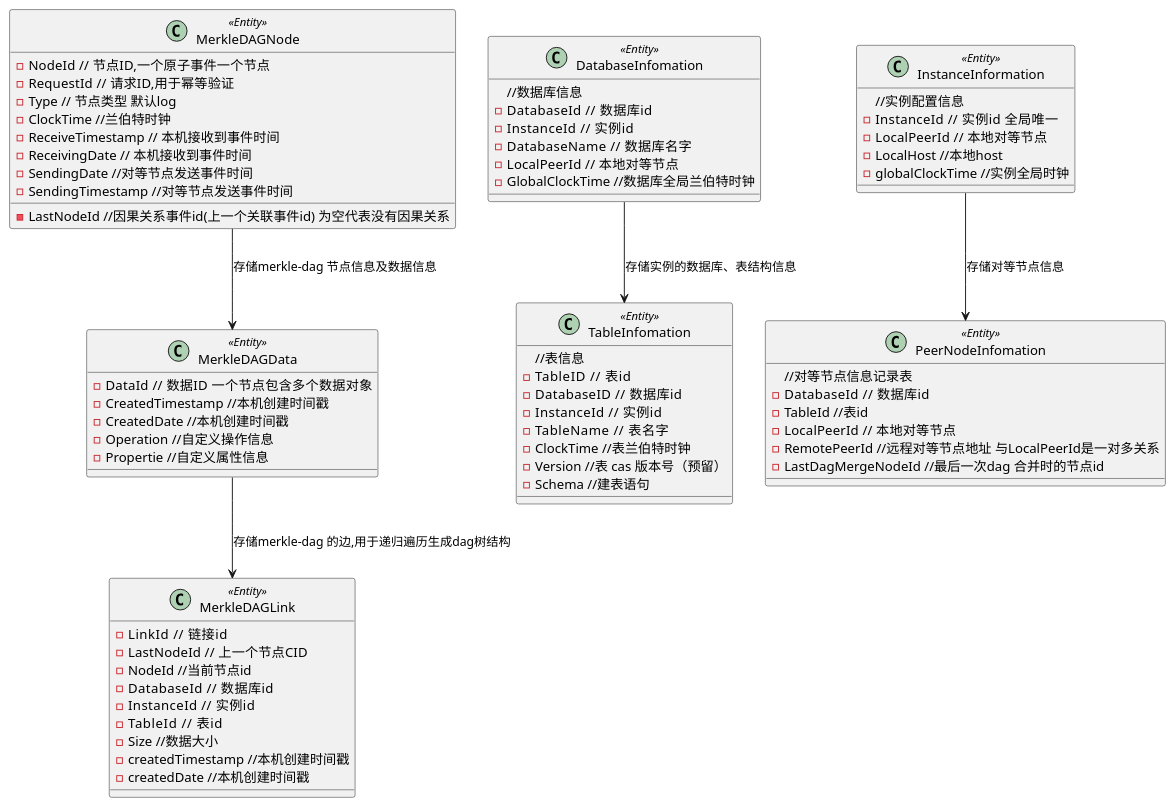
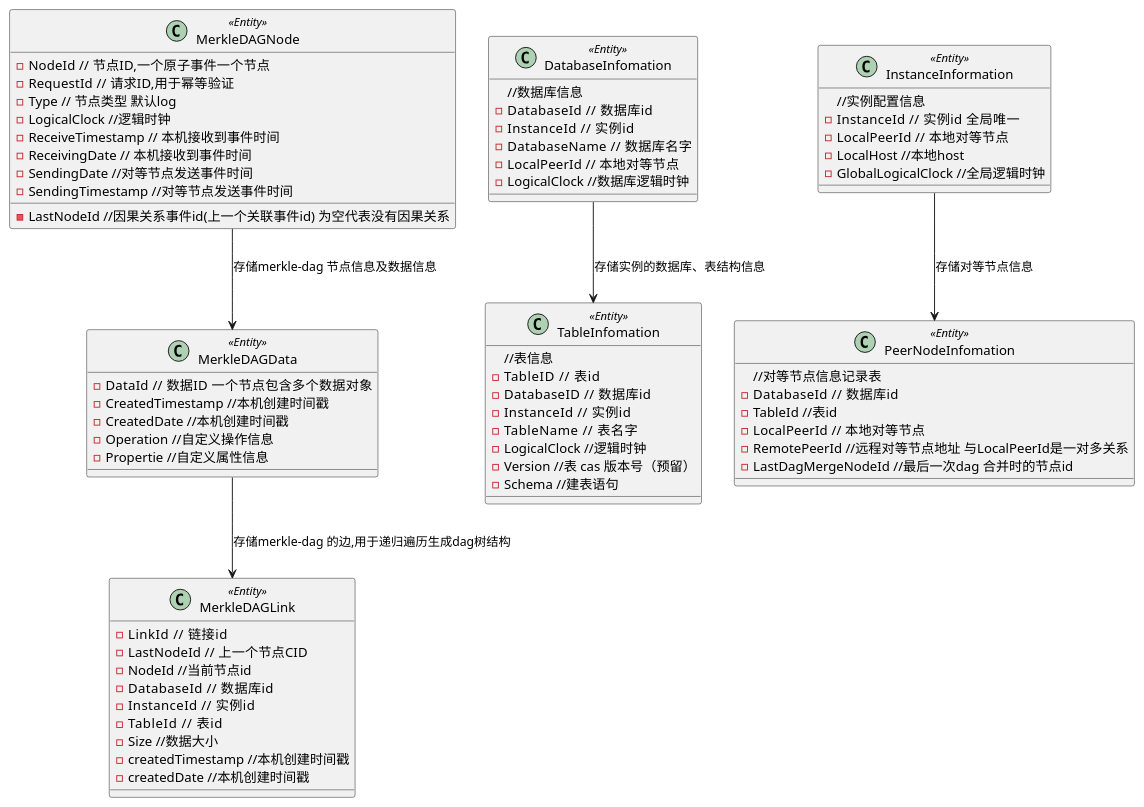
The diagram in docs/zh-cn/entity/persistence.puml (Rock-Lee-520/p2pdb), drawn with PlantUML before and after one commit. The commit also changed 1 other file, not shown here.

```diff
--- a/docs/zh-cn/entity/persistence.puml
+++ b/docs/zh-cn/entity/persistence.puml
@@ -3,108 +3,108 @@
 @startuml
 
 class MerkleDAGNode <<Entity>> {
     - NodeId  // 节点ID,一个原子事件一个节点
     - RequestId //  请求ID,用于幂等验证
     - Type // 节点类型 默认log
-    - ClockTime //兰伯特时钟
+    - LogicalClock //逻辑时钟
     - ReceiveTimestamp // 本机接收到事件时间
     - ReceivingDate // 本机接收到事件时间
     - SendingDate //对等节点发送事件时间
     - SendingTimestamp //对等节点发送事件时间
     - LastNodeId //因果关系事件id(上一个关联事件id) 为空代表没有因果关系                 
 }
 
 
 class MerkleDAGData <<Entity>> {
     - DataId  // 数据ID  一个节点包含多个数据对象
     - CreatedTimestamp //本机创建时间戳
     - CreatedDate //本机创建时间戳
     - Operation //自定义操作信息
     - Propertie //自定义属性信息                 
 }
 
 class MerkleDAGLink <<Entity>> {
     - LinkId   // 链接id
     - LastNodeId  // 上一个节点CID
     - NodeId //当前节点id
     - DatabaseId   // 数据库id
     - InstanceId   // 实例id
     - TableId   // 表id
     - Size //数据大小
     - createdTimestamp //本机创建时间戳
     - createdDate //本机创建时间戳
 }
 
 
 class DatabaseInfomation <<Entity>> {
     //数据库信息
     - DatabaseId   // 数据库id
     - InstanceId   // 实例id
     - DatabaseName   // 数据库名字
     - LocalPeerId  // 本地对等节点
-    - GlobalClockTime //数据库全局兰伯特时钟
+    - LogicalClock //数据库逻辑时钟
 }
 
 
 class TableInfomation <<Entity>> {
     //表信息
     - TableID   // 表id 
     - DatabaseID   // 数据库id 
     - InstanceId   // 实例id
     - TableName   // 表名字
-    - ClockTime //表兰伯特时钟
+    - LogicalClock //逻辑时钟
     - Version //表 cas 版本号（预留）
     - Schema //建表语句
 
 }
 
 
 class PeerNodeInfomation <<Entity>> {
     //对等节点信息记录表
     - DatabaseId   // 数据库id
     - TableId //表id
     - LocalPeerId  // 本地对等节点
     - RemotePeerId //远程对等节点地址 与LocalPeerId是一对多关系
     - LastDagMergeNodeId //最后一次dag 合并时的节点id
 }
 
 
 
 ' class NodeSyncInfomation <<Entity>> {
 '     //节点同步信息
 '     - DatabaseId   // 数据库Id
 '     - TableId //表名字
 '     - LocalPeerId  // 本地对等节点
 '     - RemotePeerId //远程对等节点地址 与LocalPeerId是一对多关系
 '     - LastDagMergeNodeId //最后一次dag 合并时的节点id
 ' }
 
 
 
 class InstanceInformation <<Entity>> {
     //实例配置信息
     - InstanceId  // 实例id  全局唯一
     - LocalPeerId  // 本地对等节点 
     - LocalHost //本地host
-    - globalClockTime //实例全局时钟
+    - GlobalLogicalClock //全局逻辑时钟
 
 }
 
 
 
 InstanceInformation --> PeerNodeInfomation : 存储对等节点信息
 ' note on link #red: note that is red
 
 
 ' PeerNodeInfomation --> NodeSyncInfomation : A link
 MerkleDAGNode --> MerkleDAGData : 存储merkle-dag 节点信息及数据信息
 ' note right on link #blue
 ' this is my note on right link
 ' end note
 
 MerkleDAGData --> MerkleDAGLink : 存储merkle-dag 的边,用于递归遍历生成dag树结构
 ' note right on link #blue
 ' this is my note on right link
 ' end note
 DatabaseInfomation --> TableInfomation :存储实例的数据库、表结构信息
 @enduml
```
